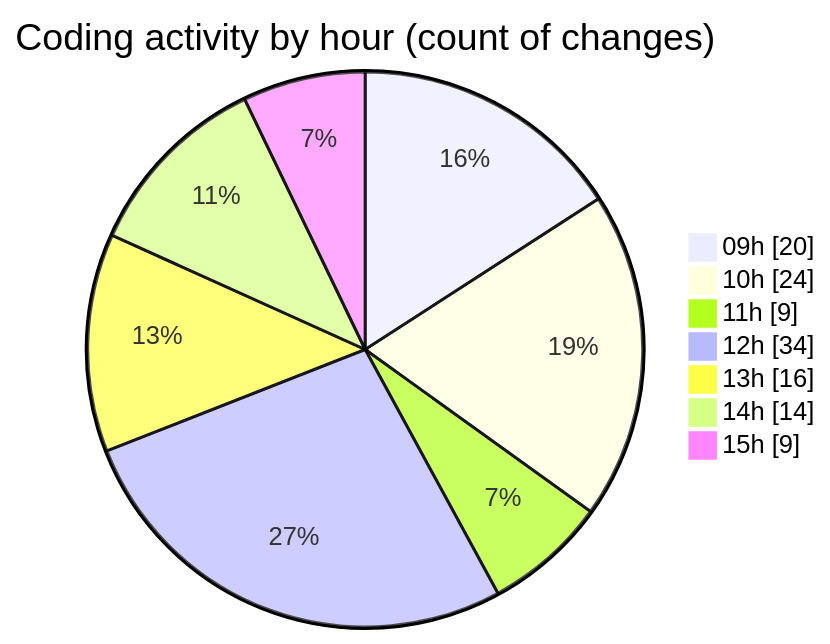
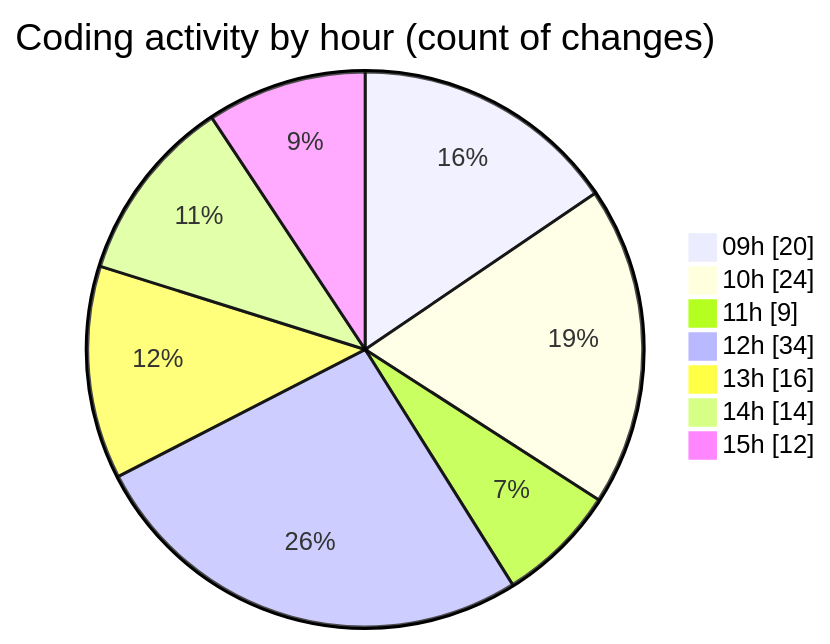
One commit to momahboobian/code-tracking changed the second of 2 diagrams in 2025-05-19/cda/README.md. Above: the diagram before and after it, drawn with Mermaid. The commit also changed other lines of this file and 1 other file, not shown here.

````diff
--- a/2025-05-19/cda/README.md
+++ b/2025-05-19/cda/README.md
@@ -49,11 +51,11 @@
 ```mermaid
 pie showData
 title Coding activity by hour (count of changes)
 "09h" : 20
 "10h" : 24
 "11h" : 9
 "12h" : 34
 "13h" : 16
 "14h" : 14
-"15h" : 9
+"15h" : 12
 ```
````
